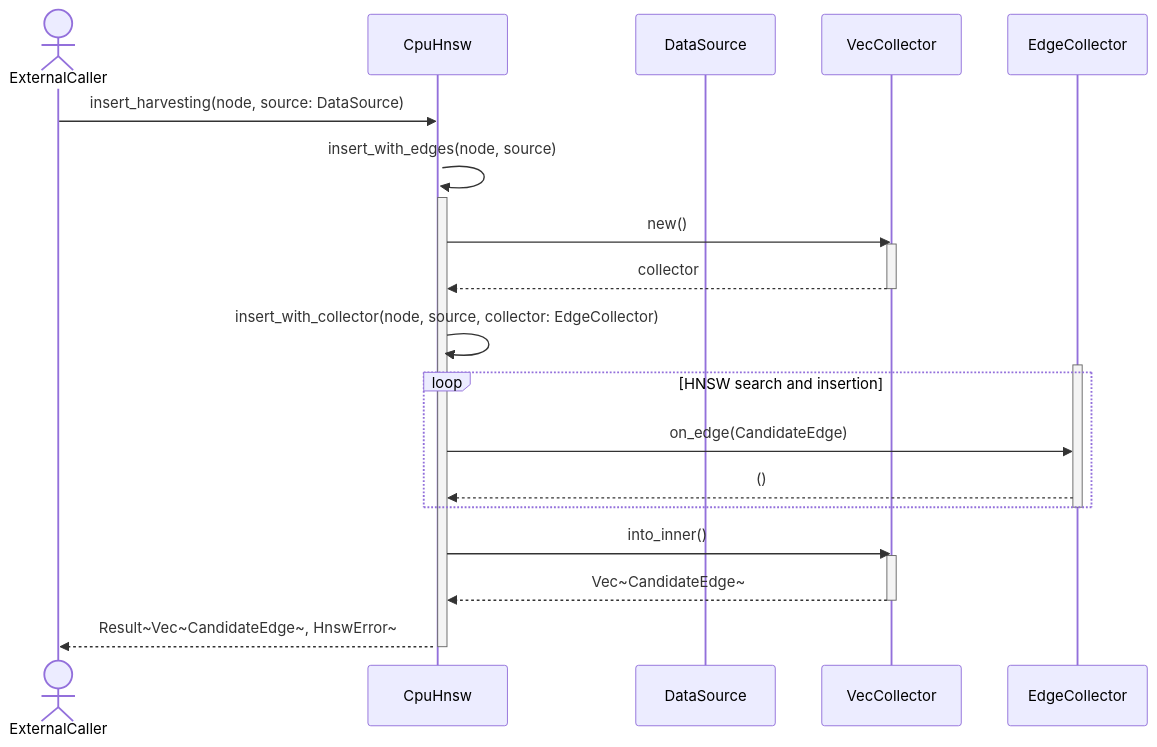
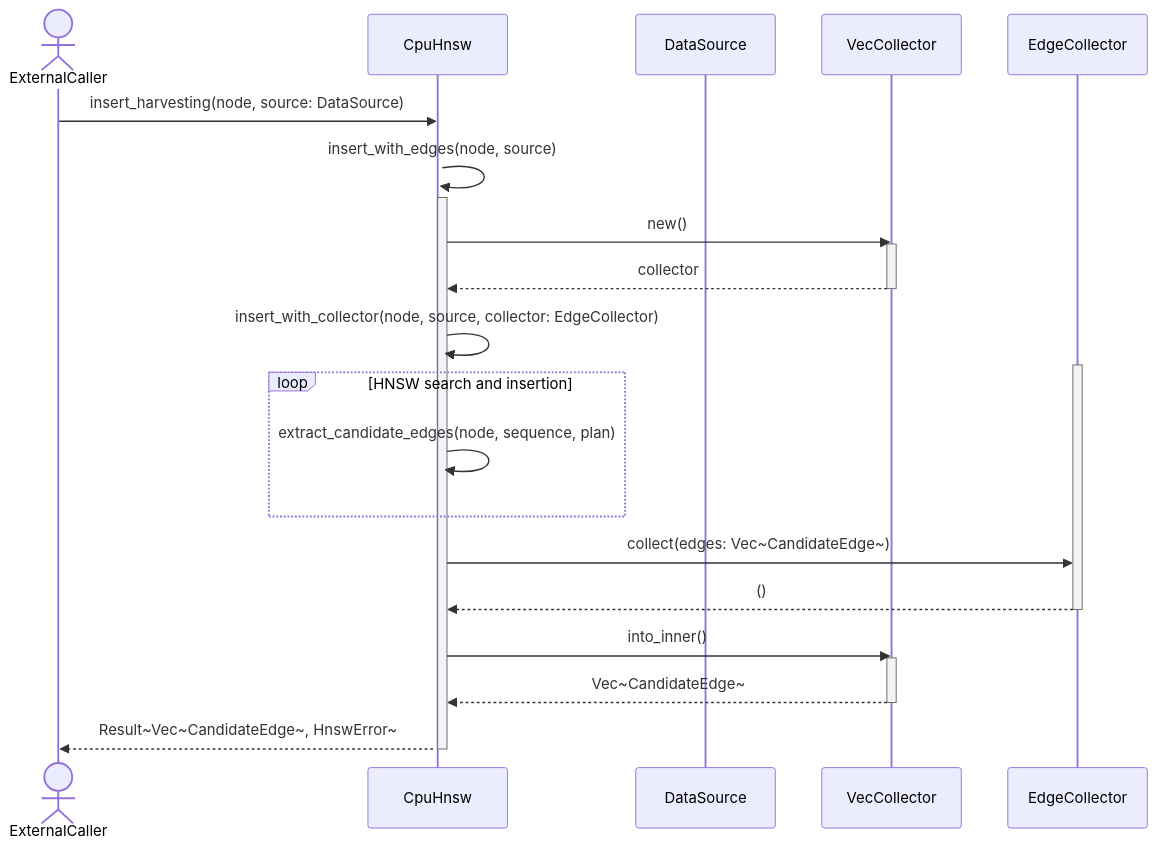
The third of 4 diagrams in docs/chutoro-design.md (leynos/chutoro), drawn with Mermaid before and after one commit. The commit also changed other lines of this file, not shown here.

First line of the commit message:
refactor(hnsw): update EdgeCollector trait and CpuHnsw methods

````diff
--- a/docs/chutoro-design.md
+++ b/docs/chutoro-design.md
@@ -2510,37 +2510,39 @@
 ```mermaid
 sequenceDiagram
     actor ExternalCaller
     participant CpuHnsw
     participant DataSource
     participant VecCollector
     participant EdgeCollector
 
     ExternalCaller->>CpuHnsw: insert_harvesting(node, source: DataSource)
     activate CpuHnsw
 
     CpuHnsw->>CpuHnsw: insert_with_edges(node, source)
     activate CpuHnsw
 
     CpuHnsw->>VecCollector: new()
     activate VecCollector
     VecCollector-->>CpuHnsw: collector
     deactivate VecCollector
 
     CpuHnsw->>CpuHnsw: insert_with_collector(node, source, collector: EdgeCollector)
     activate EdgeCollector
 
     loop HNSW search and insertion
-        CpuHnsw->>EdgeCollector: on_edge(CandidateEdge)
-        EdgeCollector-->>CpuHnsw: ()
+        CpuHnsw->>CpuHnsw: extract_candidate_edges(node, sequence, plan)
     end
+
+    CpuHnsw->>EdgeCollector: collect(edges: Vec~CandidateEdge~)
+    EdgeCollector-->>CpuHnsw: ()
 
     deactivate EdgeCollector
 
     CpuHnsw->>VecCollector: into_inner()
     activate VecCollector
     VecCollector-->>CpuHnsw: Vec~CandidateEdge~
     deactivate VecCollector
 
     CpuHnsw-->>ExternalCaller: Result~Vec~CandidateEdge~, HnswError~
     deactivate CpuHnsw
 ```
````
